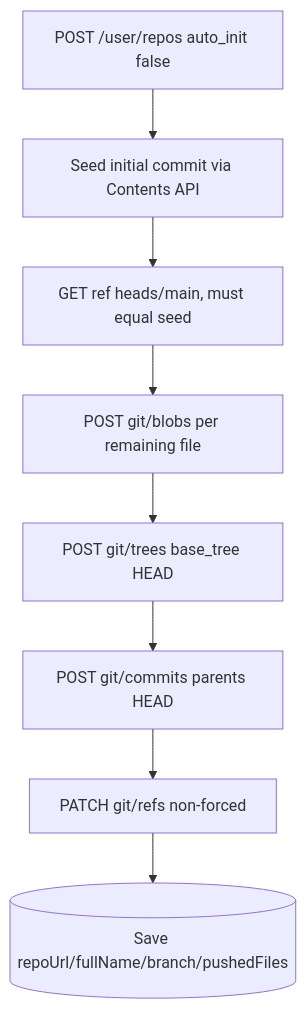
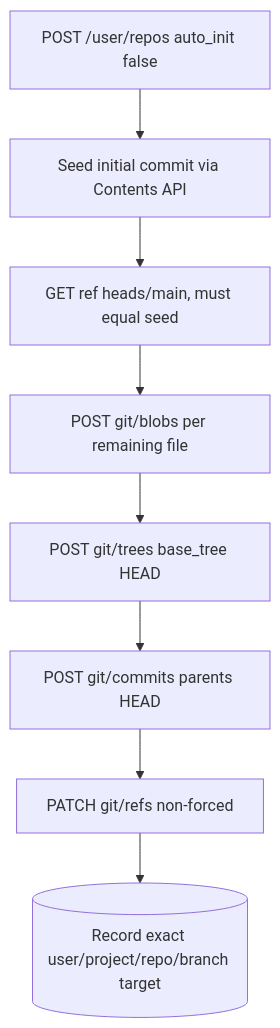
The diagram in docs/07-github-integration.md (prakash8264/Drevo), drawn with Mermaid before and after one commit. The commit also changed other lines of this file and 23 other files, not shown here.

````diff
--- a/docs/07-github-integration.md
+++ b/docs/07-github-integration.md
@@ -164,10 +174,10 @@
 ```mermaid
 flowchart TD
   C[POST /user/repos auto_init false] --> S[PUT contents README.md on main]
   S[Seed initial commit via Contents API] --> V[GET ref heads/main, must equal seed]
   V --> B[POST git/blobs per remaining file]
   B --> T[POST git/trees base_tree HEAD]
   T --> CM[POST git/commits parents HEAD]
   CM --> R[PATCH git/refs non-forced]
-  R --> DB[(Save repoUrl/fullName/branch/pushedFiles)]
+   R --> DB[(Record exact user/project/repo/branch target)]
 ```
````
